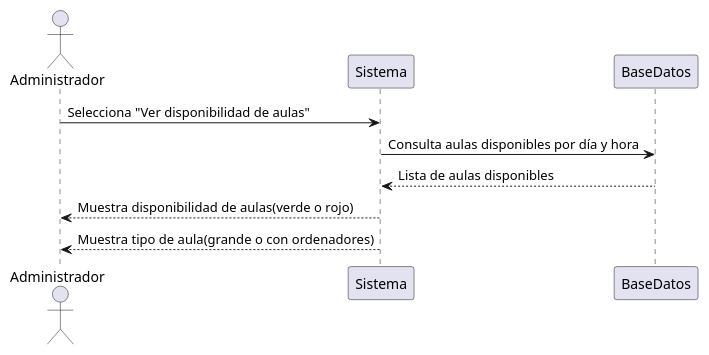
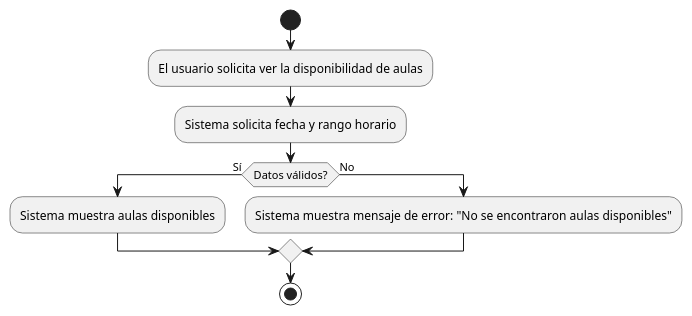
The diagram in casosDeUso/plantUML/VerDisponibilidadDeAulas.puml (mmasias/24-25-IdSw1-SDR), drawn with PlantUML before and after one commit.

```diff
--- a/casosDeUso/plantUML/VerDisponibilidadDeAulas.puml
+++ b/casosDeUso/plantUML/VerDisponibilidadDeAulas.puml
@@ -1,9 +1,11 @@
 @startuml
-actor Administrador as A
-
-A -> Sistema : Selecciona "Ver disponibilidad de aulas"
-Sistema -> BaseDatos : Consulta aulas disponibles por día y hora
-BaseDatos --> Sistema : Lista de aulas disponibles
-Sistema --> A : Muestra disponibilidad de aulas(verde o rojo)
-Sistema --> A : Muestra tipo de aula(grande o con ordenadores)
+start
+:El usuario solicita ver la disponibilidad de aulas;
+:Sistema solicita fecha y rango horario;
+if (Datos válidos?) then (Sí)
+  :Sistema muestra aulas disponibles;
+else (No)
+  :Sistema muestra mensaje de error: "No se encontraron aulas disponibles";
+endif
+stop
 @enduml
```
